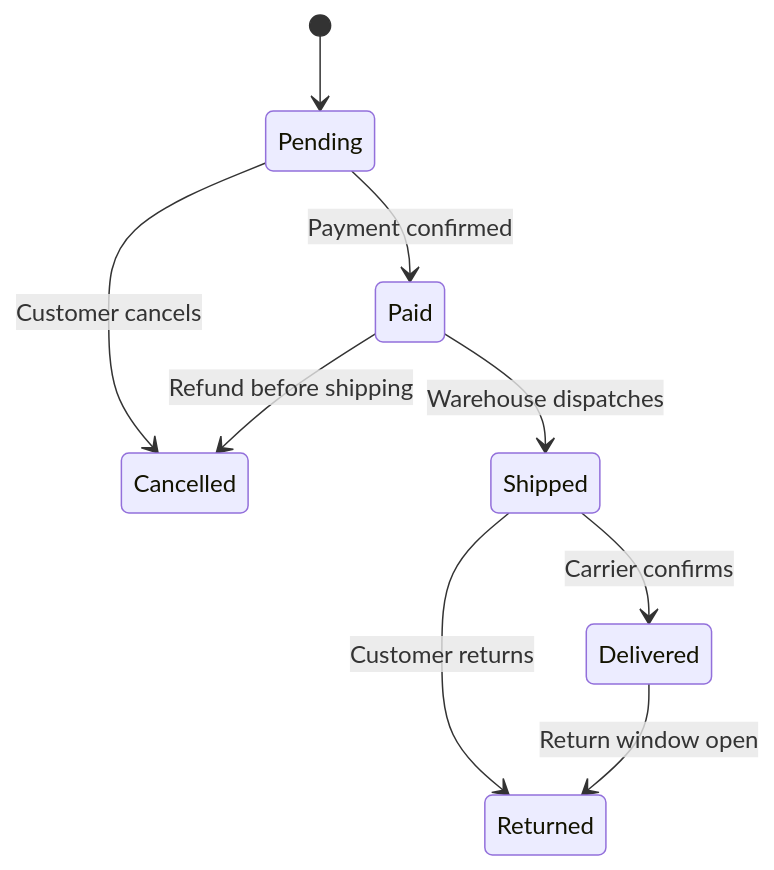
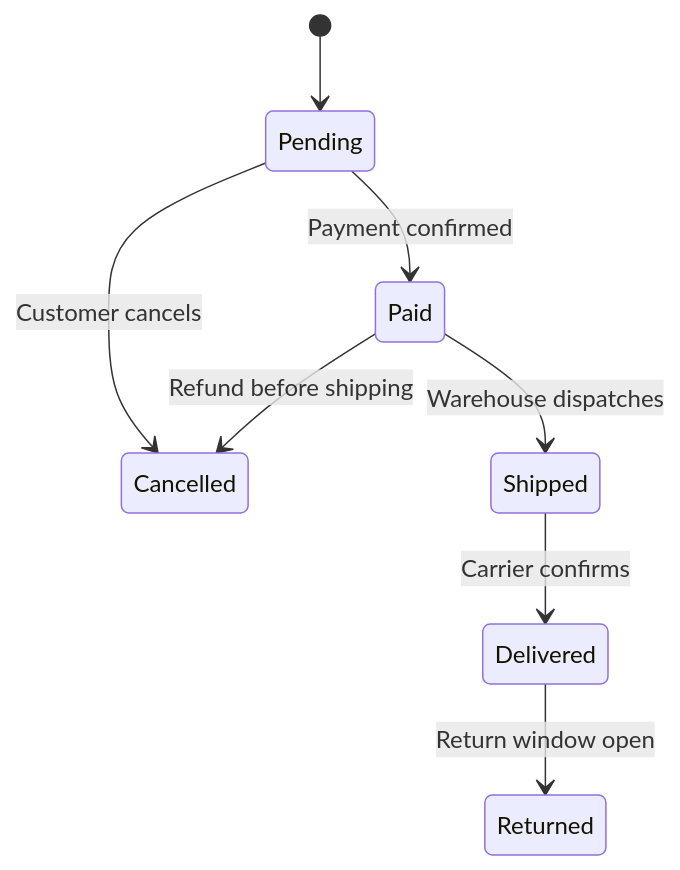
One commit to grafanaKibana/devbook.zip changed the diagram in Vault/Home/Software Architecture/Patterns/Design Patterns/Behavioral/State.md. Above: the diagram before and after it, drawn with Mermaid. The commit also changed other lines of this file and 81 other files, not shown here.

Commit message:
notes: Polished Software Architecture

````diff
--- a/Vault/Home/Software Architecture/Patterns/Design Patterns/Behavioral/State.md
+++ b/Vault/Home/Software Architecture/Patterns/Design Patterns/Behavioral/State.md
@@ -18,11 +18,10 @@
 ```mermaid
 stateDiagram-v2
     [*] --> Pending
     Pending --> Paid : Payment confirmed
     Pending --> Cancelled : Customer cancels
     Paid --> Shipped : Warehouse dispatches
     Paid --> Cancelled : Refund before shipping
     Shipped --> Delivered : Carrier confirms
-    Shipped --> Returned : Customer returns
     Delivered --> Returned : Return window open
 ```
````
